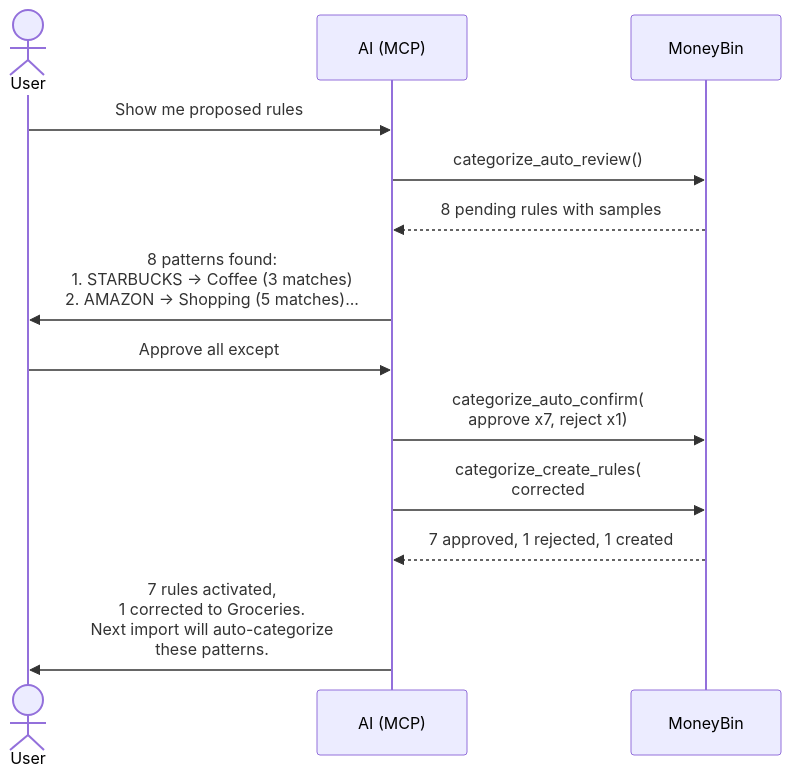
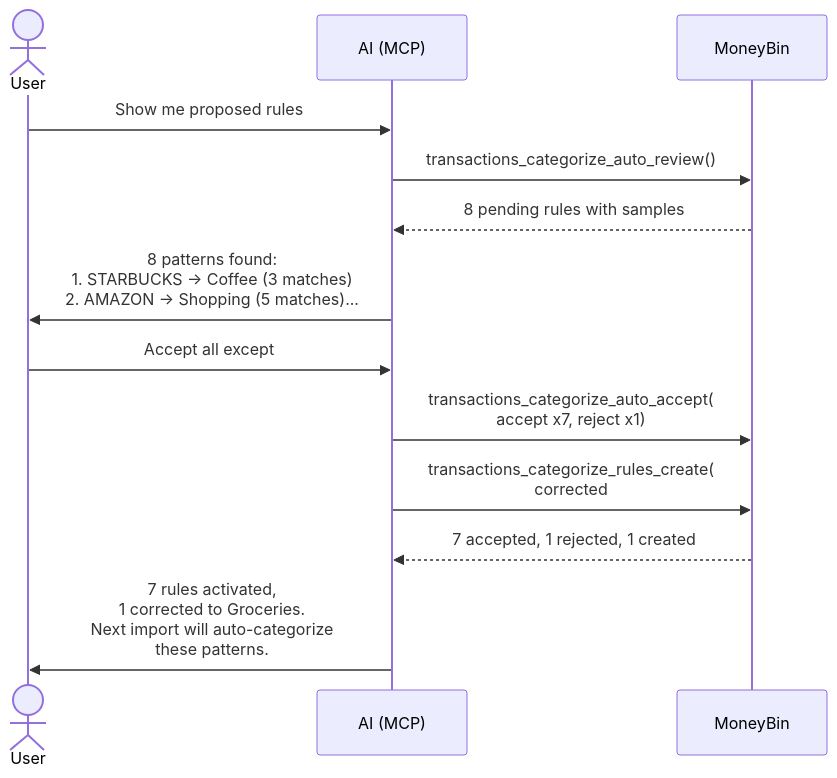
Before and after one commit to bsaffel/moneybin: the diagram in docs/specs/categorization-auto-rules.md, drawn with Mermaid. The commit also changed other lines of this file and 43 other files, not shown here.

````diff
--- a/docs/specs/categorization-auto-rules.md
+++ b/docs/specs/categorization-auto-rules.md
@@ -217,16 +220,16 @@
 ```mermaid
 sequenceDiagram
     actor User
     participant AI as AI (MCP)
     participant Sys as MoneyBin
 
     User->>AI: Show me proposed rules
-    AI->>Sys: categorize_auto_review()
+    AI->>Sys: transactions_categorize_auto_review()
     Sys-->>AI: 8 pending rules with samples
     AI->>User: 8 patterns found:<br/>1. STARBUCKS -> Coffee (3 matches)<br/>2. AMAZON -> Shopping (5 matches)...
-    User->>AI: Approve all except #4,<br/>that should be Groceries
-    AI->>Sys: categorize_auto_confirm(<br/>approve x7, reject x1)
-    AI->>Sys: categorize_create_rules(<br/>corrected #4 as Groceries)
-    Sys-->>AI: 7 approved, 1 rejected, 1 created
+    User->>AI: Accept all except #4,<br/>that should be Groceries
+    AI->>Sys: transactions_categorize_auto_accept(<br/>accept x7, reject x1)
+    AI->>Sys: transactions_categorize_rules_create(<br/>corrected #4 as Groceries)
+    Sys-->>AI: 7 accepted, 1 rejected, 1 created
     AI->>User: 7 rules activated,<br/>1 corrected to Groceries.<br/>Next import will auto-categorize<br/>these patterns.
 ```
````
